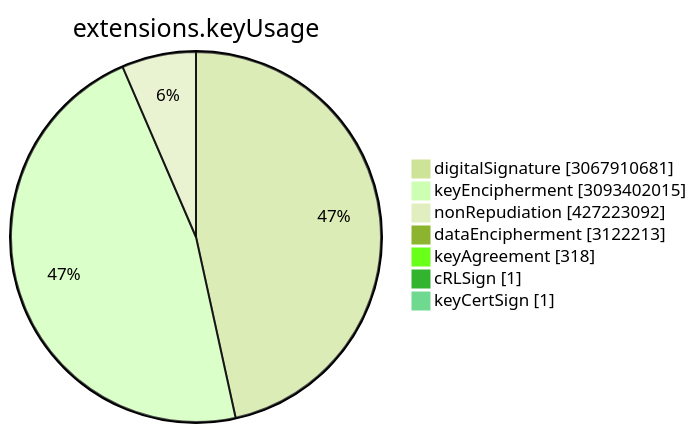
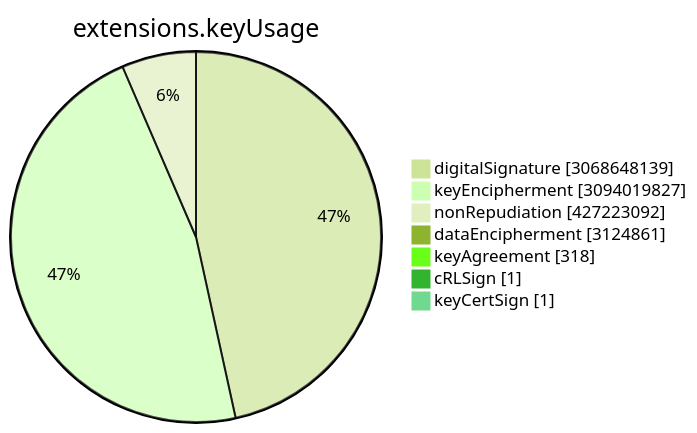
The sixth of 15 diagrams in TOTAL/README.md (christiankrug/ctmonitor_visualization), drawn with Mermaid (forest theme) before and after one commit. The commit also changed other lines of this file, not shown here.

````diff
--- a/TOTAL/README.md
+++ b/TOTAL/README.md
@@ -3075,11 +3075,11 @@
 ```mermaid
 pie showData
 title extensions.keyUsage
-"digitalSignature" :3067910681
-"keyEncipherment" :3093402015
+"digitalSignature" :3068648139
+"keyEncipherment" :3094019827
 "nonRepudiation" :427223092
-"dataEncipherment" :3122213
+"dataEncipherment" :3124861
 "keyAgreement" :318
 "cRLSign" :1
 "keyCertSign" :1
 ```
````
